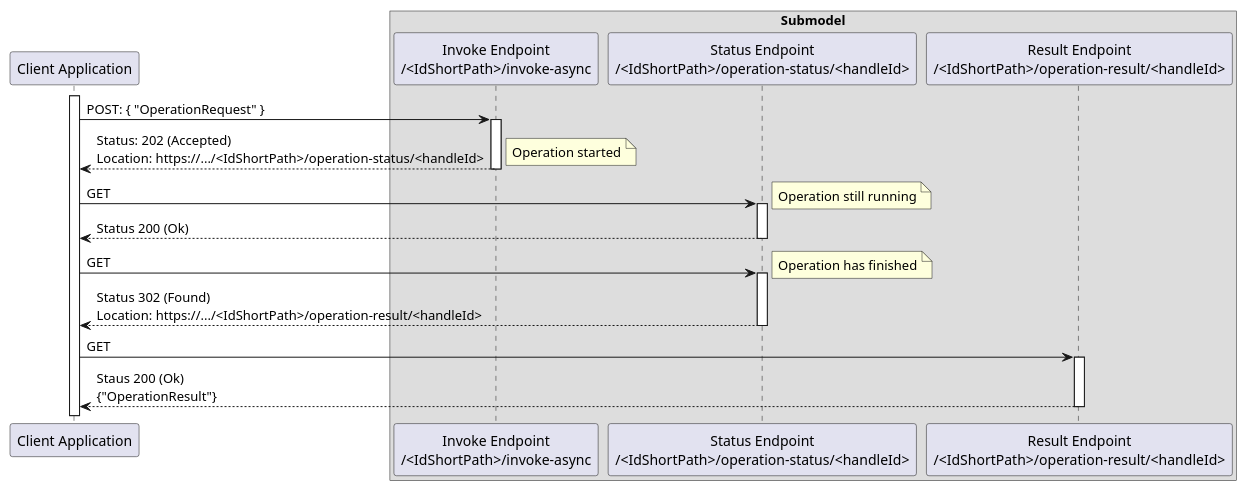
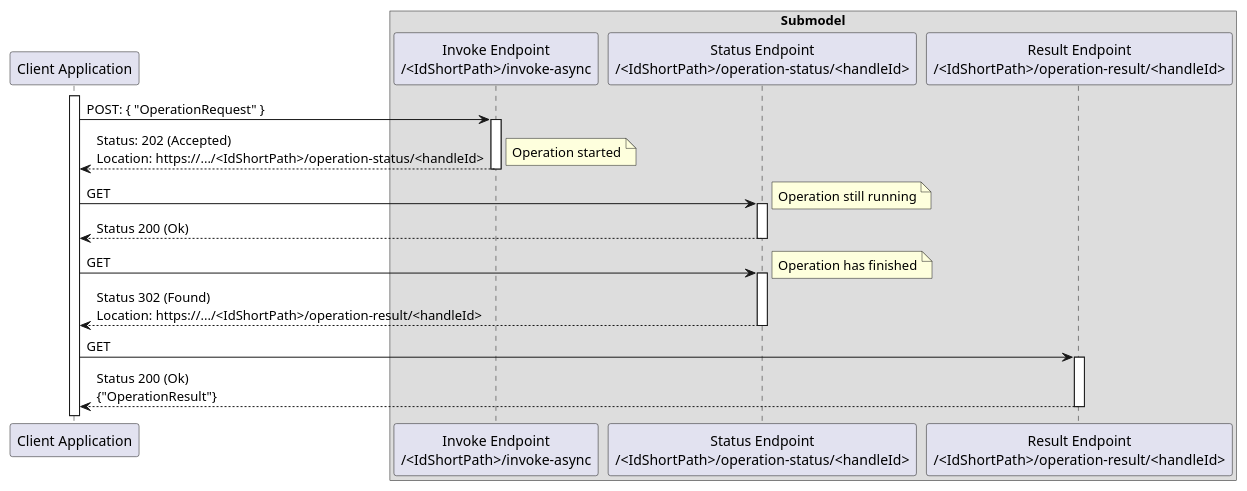
The diagram in documentation/IDTA-01002-3/modules/ROOT/partials/diagrams/se-operation-invocation.puml (admin-shell-io/aas-specs-api), drawn with PlantUML before and after one commit. The commit also changed other lines of this file, not shown here.

Commit message:
Small fix

```diff
--- a/documentation/IDTA-01002-3/modules/ROOT/partials/diagrams/se-operation-invocation.puml
+++ b/documentation/IDTA-01002-3/modules/ROOT/partials/diagrams/se-operation-invocation.puml
@@ -1,34 +1,34 @@
 @startuml
 participant "Client Application" as client
 
 box "Submodel"
     participant "Invoke Endpoint\n/<IdShortPath>/invoke-async" as invoke
     participant "Status Endpoint\n/<IdShortPath>/operation-status/<handleId>" as status
     participant "Result Endpoint\n/<IdShortPath>/operation-result/<handleId>" as result
 end box
 
 activate client
 client -> invoke: POST: { "OperationRequest" }
 activate invoke
 invoke --> client: Status: 202 (Accepted)\nLocation: https://.../<IdShortPath>/operation-status/<handleId>
 deactivate invoke
 note right: Operation started
 
 client -> status: GET
 activate status
 note right: Operation still running
 status --> client: Status 200 (Ok)
 deactivate status
 
 client -> status: GET
 note right: Operation has finished
 activate status
 status --> client: Status 302 (Found)\nLocation: https://.../<IdShortPath>/operation-result/<handleId>
 deactivate status
 
 client -> result: GET
 activate result
-result --> client: Staus 200 (Ok)\n{"OperationResult"}
+result --> client: Status 200 (Ok)\n{"OperationResult"}
 deactivate result
 
 @enduml
```
